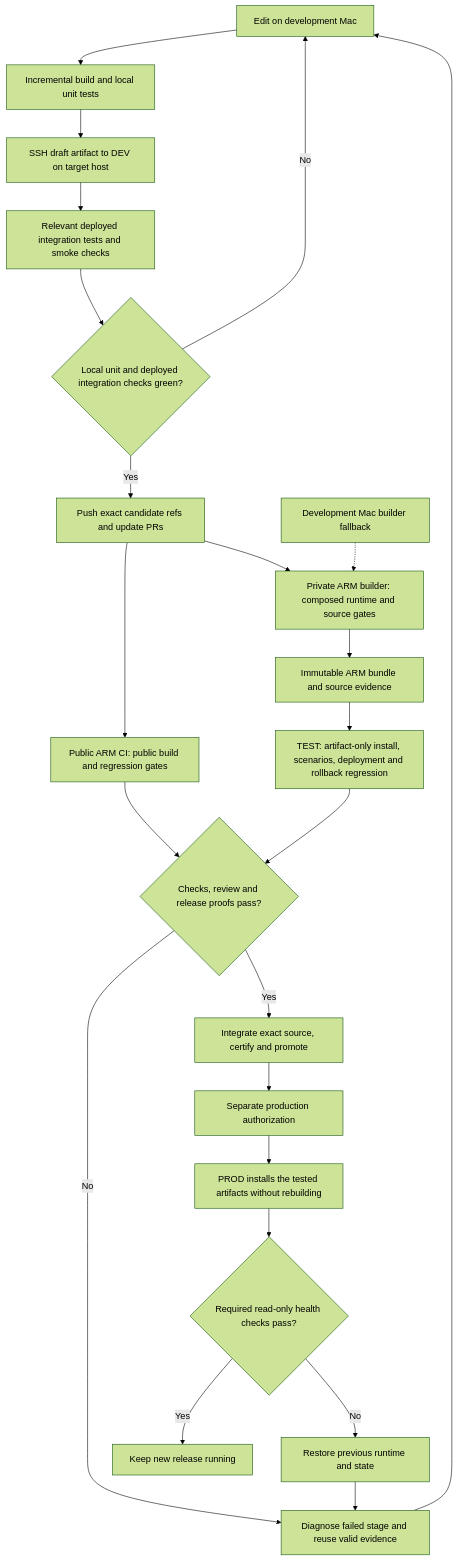
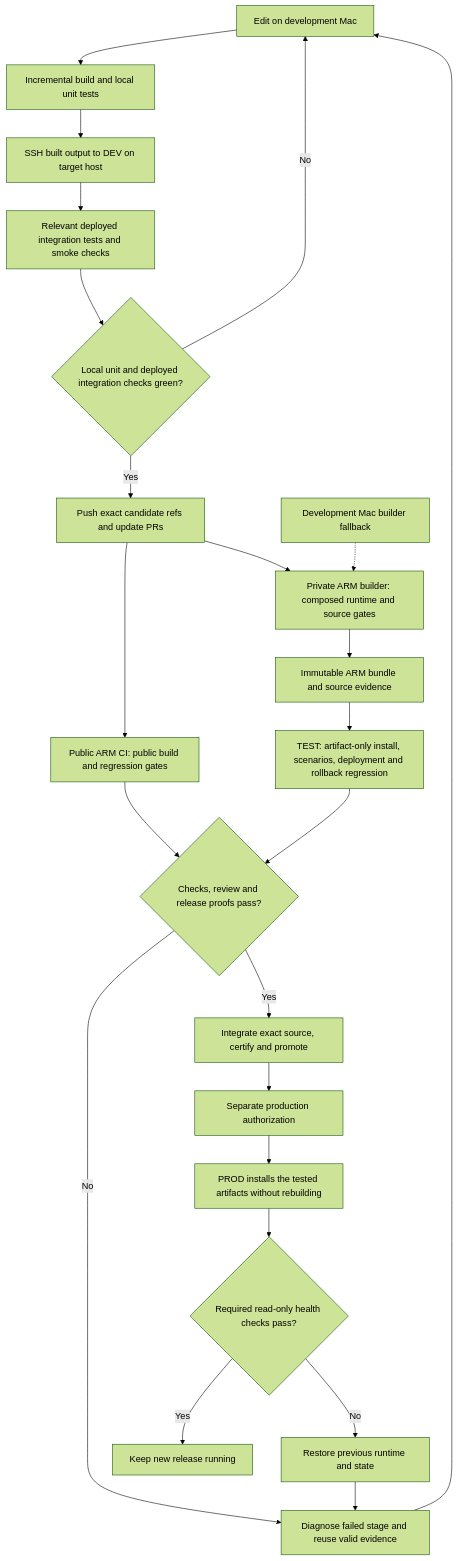
Before and after one commit to coletaylor788/puddles: the second of 2 diagrams in docs/plans/039-development-delivery-master.md, drawn with Mermaid (forest theme). The commit also changed other lines of this file, not shown here.

Commit message:
Keep the inner loop to local builds and remote integration

````diff
--- a/docs/plans/039-development-delivery-master.md
+++ b/docs/plans/039-development-delivery-master.md
@@ -240,27 +220,27 @@
 ```mermaid
 flowchart TD
     Edit["Edit on development Mac"] --> Local["Incremental build and local unit tests"]
-    Local --> Dev["SSH draft artifact to DEV on target host"]
+    Local --> Dev["SSH built output to DEV on target host"]
     Dev --> Smoke["Relevant deployed integration tests and smoke checks"]
     Smoke --> Ready{"Local unit and deployed integration checks green?"}
     Ready -->|No| Edit
     Ready -->|Yes| Push["Push exact candidate refs and update PRs"]
 
     Push --> Public["Public ARM CI: public build and regression gates"]
     Push --> Private["Private ARM builder: composed runtime and source gates"]
     Fallback["Development Mac builder fallback"] -.-> Private
     Private --> Bundle["Immutable ARM bundle and source evidence"]
     Bundle --> Test["TEST: artifact-only install, scenarios, deployment and rollback regression"]
 
     Public --> Gates{"Checks, review and release proofs pass?"}
     Test --> Gates
     Gates -->|No| Diagnose["Diagnose failed stage and reuse valid evidence"]
     Diagnose --> Edit
     Gates -->|Yes| Integrate["Integrate exact source, certify and promote"]
     Integrate --> Authorize["Separate production authorization"]
     Authorize --> Prod["PROD installs the tested artifacts without rebuilding"]
     Prod --> Health{"Required read-only health checks pass?"}
     Health -->|Yes| Keep["Keep new release running"]
     Health -->|No| Restore["Restore previous runtime and state"]
     Restore --> Diagnose
 ```
````
